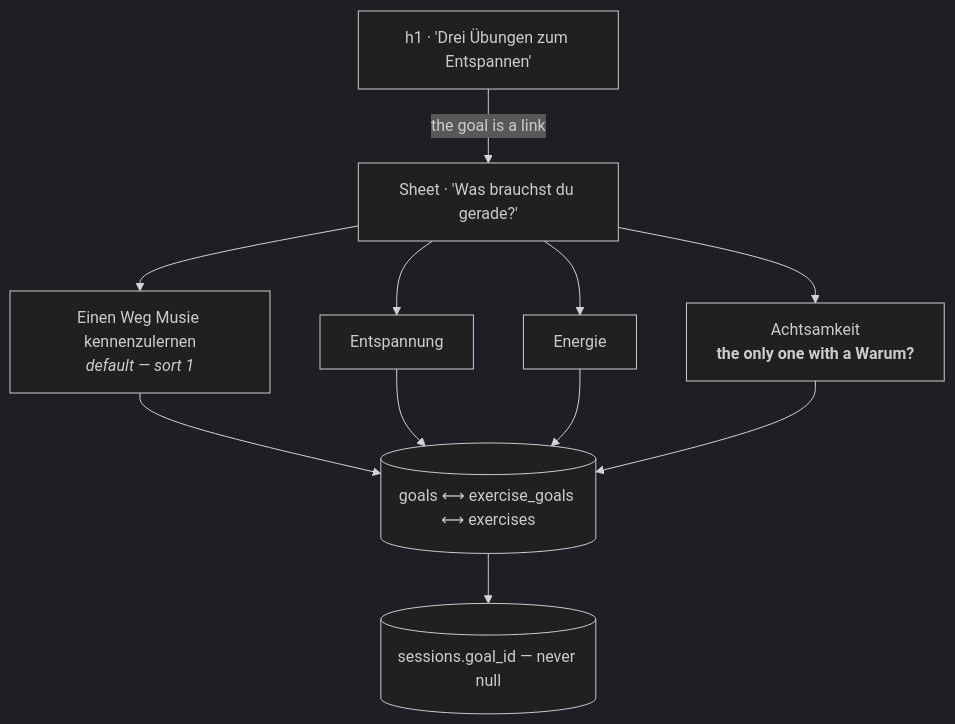
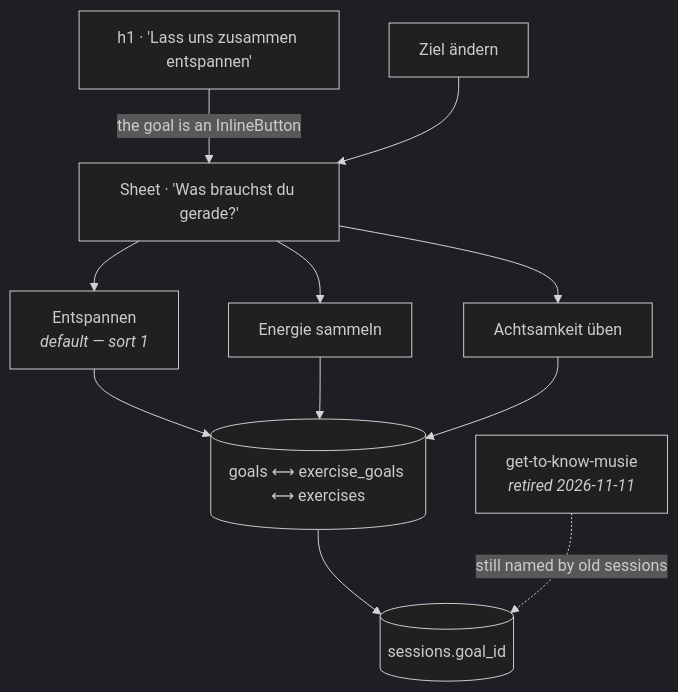
One commit to product-ben/musie changed the diagram in apps/docs/features/goals.md. Above: the diagram before and after it, drawn with Mermaid (dark theme). The commit also changed other lines of this file and 17 other files, not shown here.

````diff
--- a/apps/docs/features/goals.md
+++ b/apps/docs/features/goals.md
@@ -6,13 +7,13 @@
 ```mermaid
 flowchart TD
-  H["h1 · 'Drei Übungen zum Entspannen'"] -->|"the goal is a link"| S["Sheet · 'Was brauchst du gerade?'"]
-  S --> G1["Einen Weg Musie kennenzulernen<br/><i>default — sort 1</i>"]
-  S --> G2["Entspannung"]
-  S --> G3["Energie"]
-  S --> G4["Achtsamkeit<br/><b>the only one with a Warum?</b>"]
+  H["h1 · 'Lass uns zusammen entspannen'"] -->|"the goal is an InlineButton"| S["Sheet · 'Was brauchst du gerade?'"]
+  Z["Ziel ändern"] --> S
+  S --> G1["Entspannen<br/><i>default — sort 1</i>"]
+  S --> G2["Energie sammeln"]
+  S --> G3["Achtsamkeit üben"]
   G1 --> M[("goals ⟷ exercise_goals ⟷ exercises")]
   G2 --> M
   G3 --> M
-  G4 --> M
-  M --> DB[("sessions.goal_id — never null")]
+  M --> DB[("sessions.goal_id")]
+  R["get-to-know-musie<br/><i>retired 2026-11-11</i>"] -.->|"still named by old sessions"| DB
 ```
````
